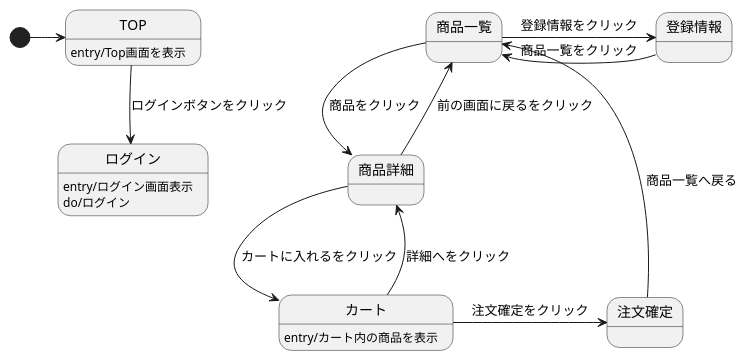
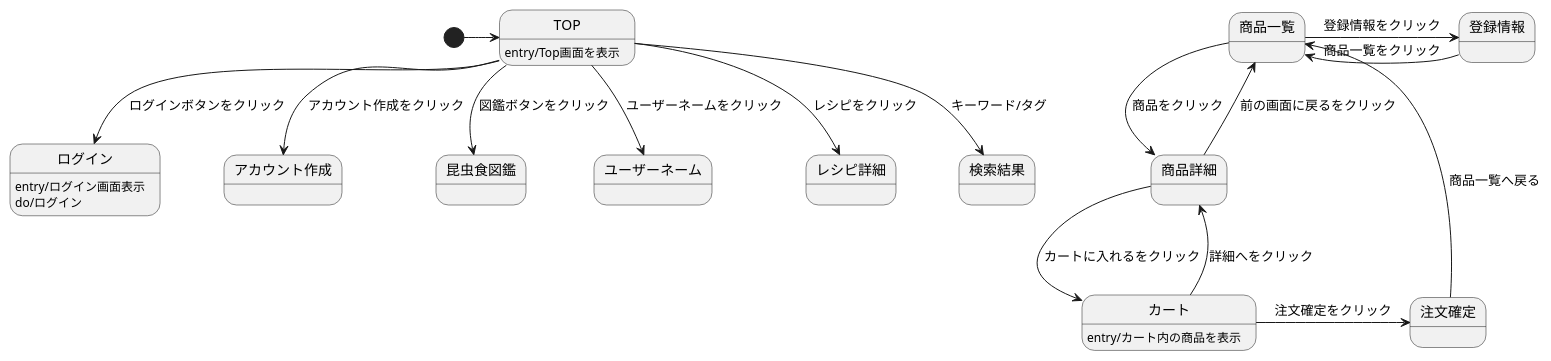
The diagram in ScreenTransitionDiagram.md (ASO2001040/bugbug-design), drawn with PlantUML before and after one commit.

````diff
--- a/ScreenTransitionDiagram.md
+++ b/ScreenTransitionDiagram.md
@@ -1,19 +1,24 @@
 ```uml
 @startuml
 [*]->TOP
 
 TOP : entry/Top画面を表示
 TOP-->ログイン: ログインボタンをクリック
+TOP-->アカウント作成: アカウント作成をクリック
+TOP-->昆虫食図鑑: 図鑑ボタンをクリック
+TOP-->ユーザーネーム: ユーザーネームをクリック
+TOP-->レシピ詳細: レシピをクリック
+TOP-->検索結果: キーワード/タグ
 ログイン: entry/ログイン画面表示
 ログイン : do/ログイン
 カート: entry/カート内の商品を表示
 商品一覧->商品詳細: 商品をクリック
 商品詳細-->商品一覧: 前の画面に戻るをクリック
 商品一覧->登録情報: 登録情報をクリック
 登録情報->商品一覧: 商品一覧をクリック
 商品詳細-->カート: カートに入れるをクリック
 カート-->商品詳細: 詳細へをクリック
 カート->注文確定: 注文確定をクリック
 注文確定->商品一覧: 商品一覧へ戻る
 @enduml
 ```
````
